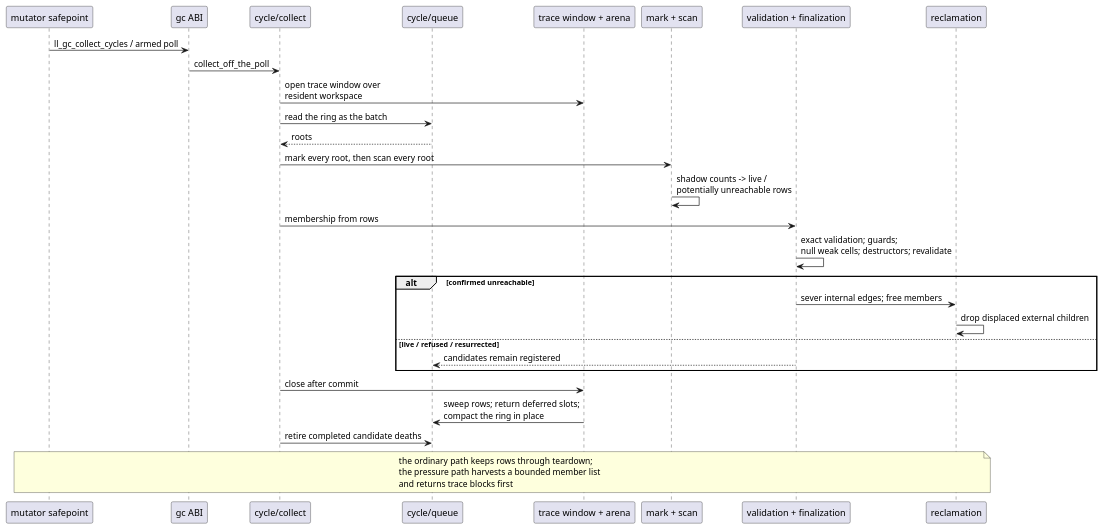
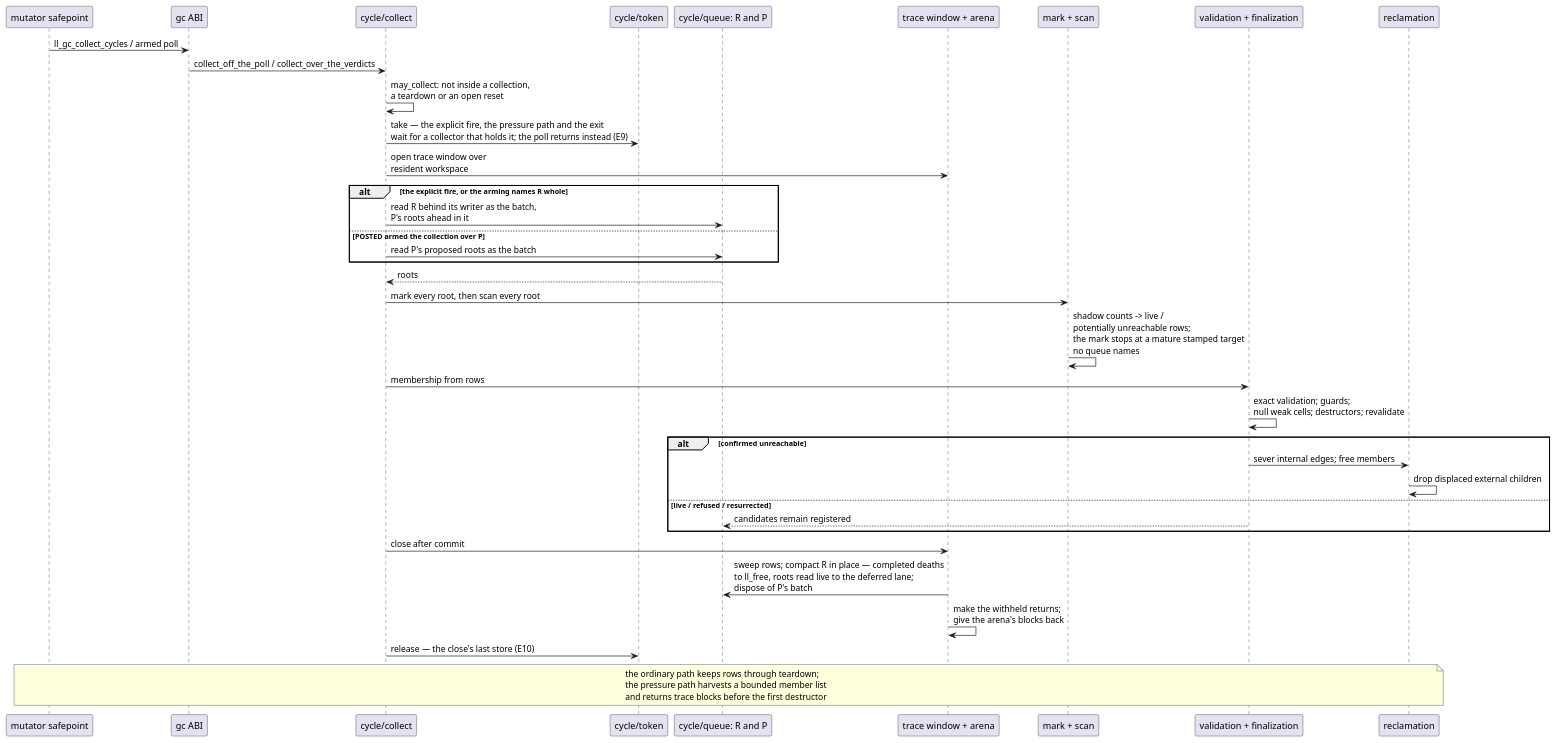
One commit to limelight-lang/model changed the seventh of 8 diagrams in docs/architecture.md. Above: the diagram before and after it, drawn with PlantUML. The commit also changed other lines of this file and 38 other files, not shown here.

````diff
--- a/docs/architecture.md
+++ b/docs/architecture.md
@@ -370,33 +411,41 @@
 ```plantuml
 @startuml
 skinparam shadowing false
 participant "mutator safepoint" as mutator
 participant "gc ABI" as gc
 participant "cycle/collect" as driver
-participant "cycle/queue" as queue
+participant "cycle/token" as token
+participant "cycle/queue: R and P" as queue
 participant "trace window + arena" as arena
 participant "mark + scan" as trace
 participant "validation + finalization" as finalization
 participant reclamation
 
 mutator -> gc : ll_gc_collect_cycles / armed poll
-gc -> driver : collect_off_the_poll
+gc -> driver : collect_off_the_poll / collect_over_the_verdicts
+driver -> driver : may_collect: not inside a collection,\na teardown or an open reset
+driver -> token : take — the explicit fire, the pressure path and the exit\nwait for a collector that holds it; the poll returns instead (E9)
 driver -> arena : open trace window over\nresident workspace
-driver -> queue : read the ring as the batch
+alt the explicit fire, or the arming names R whole
+  driver -> queue : read R behind its writer as the batch,\nP's roots ahead in it
+else POSTED armed the collection over P
+  driver -> queue : read P's proposed roots as the batch
+end
 queue --> driver : roots
 driver -> trace : mark every root, then scan every root
-trace -> trace : shadow counts -> live /\npotentially unreachable rows
+trace -> trace : shadow counts -> live /\npotentially unreachable rows;\nthe mark stops at a mature stamped target\nno queue names
 driver -> finalization : membership from rows
 finalization -> finalization : exact validation; guards;\nnull weak cells; destructors; revalidate
 alt confirmed unreachable
   finalization -> reclamation : sever internal edges; free members
   reclamation -> reclamation : drop displaced external children
 else live / refused / resurrected
   finalization --> queue : candidates remain registered
 end
 driver -> arena : close after commit
-arena -> queue : sweep rows; return deferred slots;\ncompact the ring in place
-driver -> queue : retire completed candidate deaths
-note over mutator, reclamation : the ordinary path keeps rows through teardown;\nthe pressure path harvests a bounded member list\nand returns trace blocks first
+arena -> queue : sweep rows; compact R in place — completed deaths\nto ll_free, roots read live to the deferred lane;\ndispose of P's batch
+arena -> arena : make the withheld returns;\ngive the arena's blocks back
+driver -> token : release — the close's last store (E10)
+note over mutator, reclamation : the ordinary path keeps rows through teardown;\nthe pressure path harvests a bounded member list\nand returns trace blocks before the first destructor
 @enduml
 ```
````
